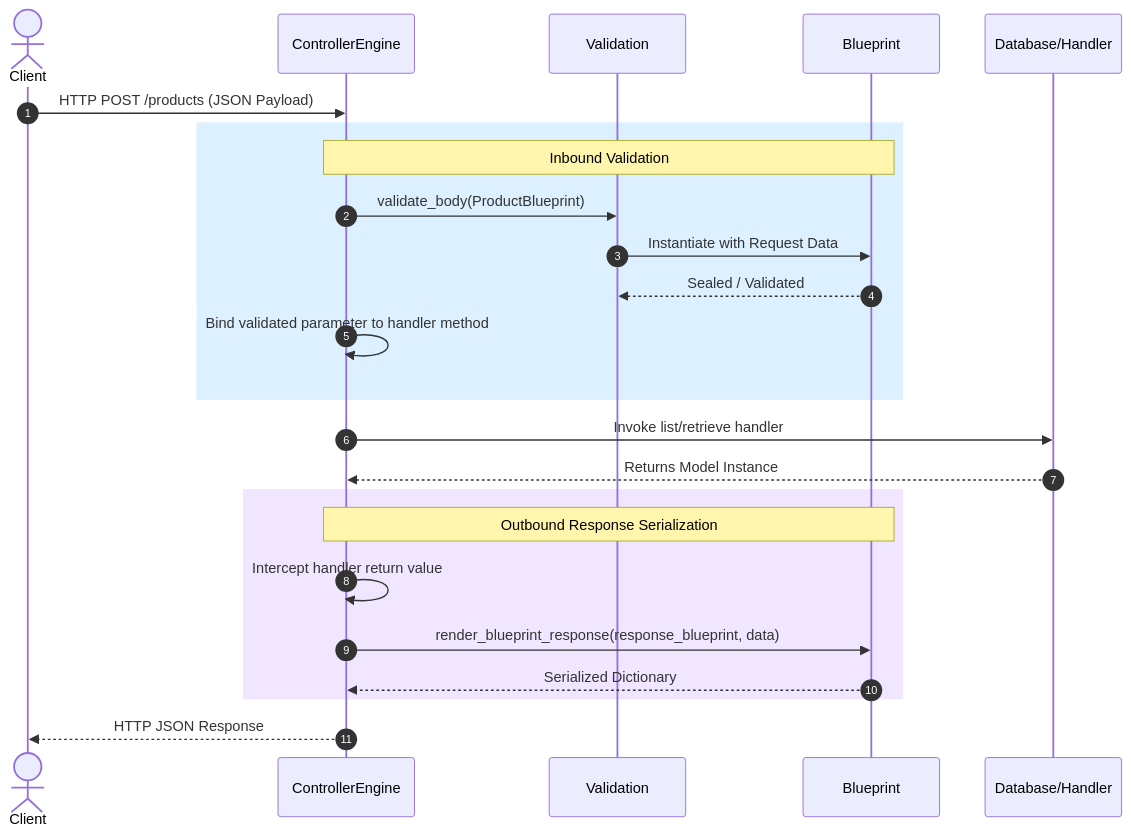
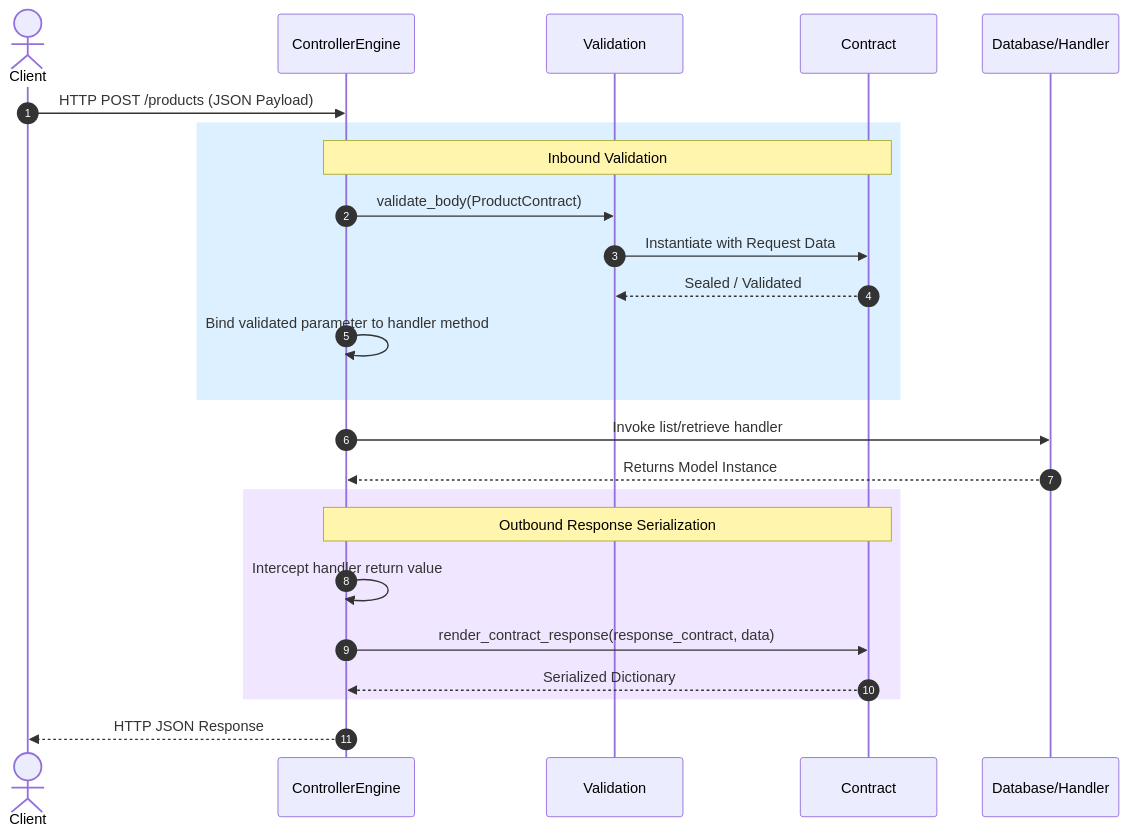
Before and after one commit to tubox-labs/Aquilia: the second of 2 diagrams in docs/docs/getting-started/concepts.md, drawn with Mermaid. The commit also changed other lines of this file and 62 other files, not shown here.

Commit message:
refactor(contracts): replace Blueprint→Contract in docs/ (Markdown)

````diff
--- a/docs/docs/getting-started/concepts.md
+++ b/docs/docs/getting-started/concepts.md
@@ -120,31 +120,31 @@
 ```mermaid
 sequenceDiagram
     autonumber
     actor Client
     participant ControllerEngine
     participant Validation
-    participant Blueprint
+    participant Contract
     participant DB as Database/Handler
     
     Client->>ControllerEngine: HTTP POST /products (JSON Payload)
     
     rect rgb(220, 240, 255)
-        Note over ControllerEngine, Blueprint: Inbound Validation
-        ControllerEngine->>Validation: validate_body(ProductBlueprint)
-        Validation->>Blueprint: Instantiate with Request Data
-        Blueprint-->>Validation: Sealed / Validated
+        Note over ControllerEngine, Contract: Inbound Validation
+        ControllerEngine->>Validation: validate_body(ProductContract)
+        Validation->>Contract: Instantiate with Request Data
+        Contract-->>Validation: Sealed / Validated
         ControllerEngine->>ControllerEngine: Bind validated parameter to handler method
     end
     
     ControllerEngine->>DB: Invoke list/retrieve handler
     DB-->>ControllerEngine: Returns Model Instance
     
     rect rgb(240, 230, 255)
-        Note over ControllerEngine, Blueprint: Outbound Response Serialization
+        Note over ControllerEngine, Contract: Outbound Response Serialization
         ControllerEngine->>ControllerEngine: Intercept handler return value
-        ControllerEngine->>Blueprint: render_blueprint_response(response_blueprint, data)
-        Blueprint-->>ControllerEngine: Serialized Dictionary
+        ControllerEngine->>Contract: render_contract_response(response_contract, data)
+        Contract-->>ControllerEngine: Serialized Dictionary
     end
     
     ControllerEngine-->>Client: HTTP JSON Response
 ```
````
